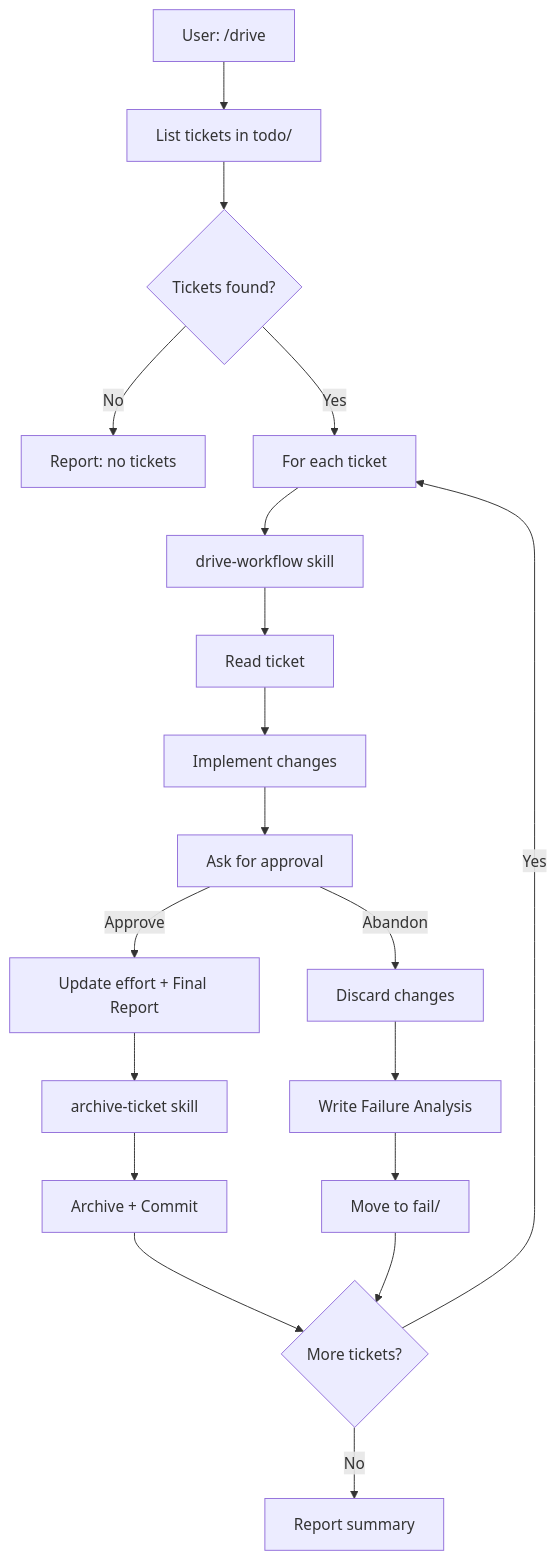
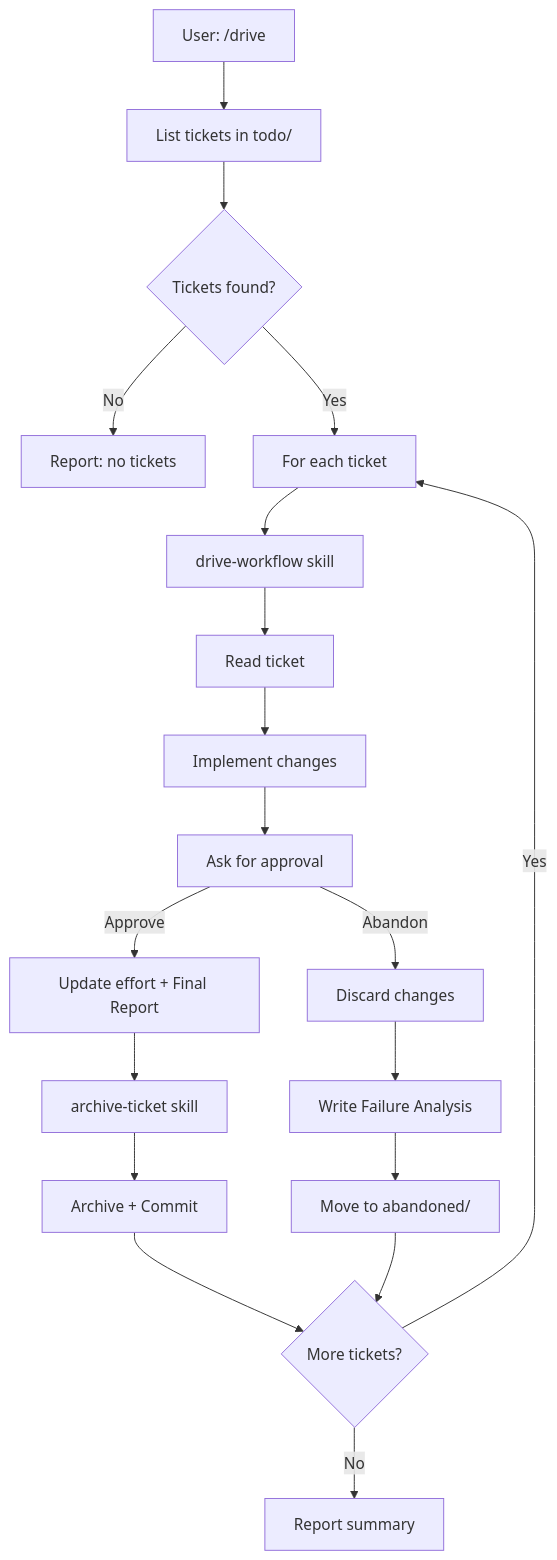
The second of 3 diagrams in .workaholic/specs/command-flows.md (qmu/workaholic), drawn with Mermaid before and after one commit. The commit also changed other lines of this file and 18 other files, not shown here.

````diff
--- a/.workaholic/specs/command-flows.md
+++ b/.workaholic/specs/command-flows.md
@@ -75,21 +75,21 @@
 ```mermaid
 flowchart TD
     A[User: /drive] --> B[List tickets in todo/]
     B --> C{Tickets found?}
     C -->|No| D[Report: no tickets]
     C -->|Yes| E[For each ticket]
     E --> F[drive-workflow skill]
     F --> G[Read ticket]
     G --> H[Implement changes]
     H --> I[Ask for approval]
     I -->|Approve| J[Update effort + Final Report]
     I -->|Abandon| K[Discard changes]
     K --> L[Write Failure Analysis]
-    L --> M[Move to fail/]
+    L --> M[Move to abandoned/]
     J --> N[archive-ticket skill]
     N --> O[Archive + Commit]
     O --> P{More tickets?}
     M --> P
     P -->|Yes| E
     P -->|No| Q[Report summary]
 ```
````
